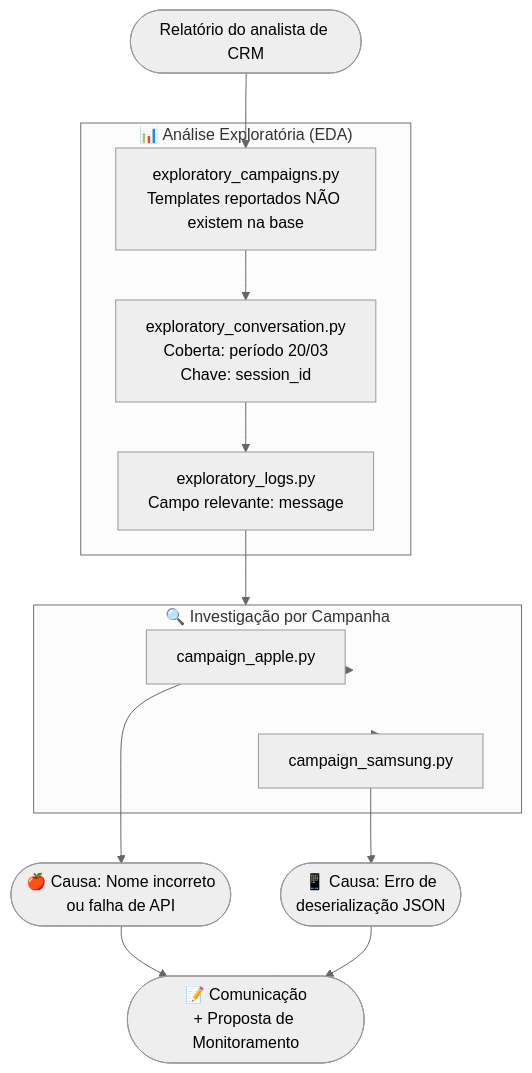
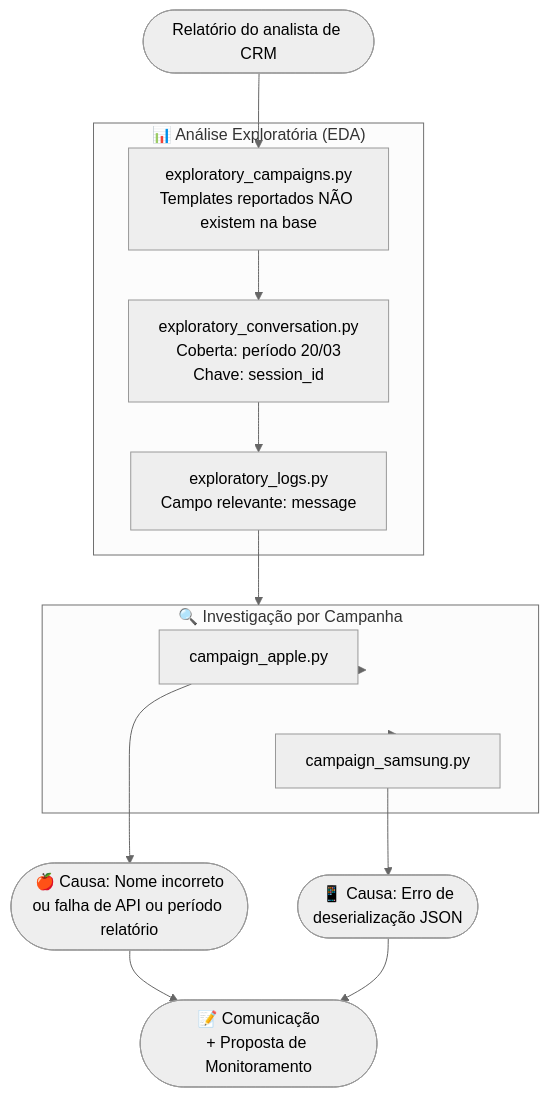
The third of 5 diagrams in README.md (gvcintraribeiro/crm-messaging-investigation), drawn with Mermaid (neutral theme) before and after one commit. The commit also changed other lines of this file, not shown here.

Commit message:
refectory links

````diff
--- a/README.md
+++ b/README.md
@@ -168,32 +166,32 @@
 ```mermaid
 flowchart TD
     START([Relatório do analista de CRM]) --> EDA1
 
     subgraph EDA ["📊 Análise Exploratória (EDA)"]
         EDA1[exploratory_campaigns.py\nTemplates reportados NÃO existem na base] --> EDA2
         EDA2[exploratory_conversation.py\nCoberta: período 20/03\nChave: session_id] --> EDA3
         EDA3[exploratory_logs.py\nCampo relevante: message]
     end
 
     EDA3 --> INV
 
     subgraph INV ["🔍 Investigação por Campanha"]
         INV1[campaign_apple.py] 
         INV2[campaign_samsung.py]
     end
 
     INV --> INV1
     INV --> INV2
 
-    INV1 --> R1([🍎 Causa: Nome incorreto\nou falha de API])
+    INV1 --> R1([🍎 Causa: Nome incorreto\nou falha de API ou período relatório])
     INV2 --> R2([📱 Causa: Erro de\ndeserialização JSON])
 
     R1 --> OUTPUT([📝 Comunicação\n+ Proposta de Monitoramento])
     R2 --> OUTPUT
 
     click EDA1 href "https://github.com/gvcintraribeiro/crm-messaging-investigation/blob/main/crm_messaging_investigation/raw_exploratory_bases/exploratory_campaigns.py" "Ver arquivo" _blank
     click EDA2 href "https://github.com/gvcintraribeiro/crm-messaging-investigation/blob/main/crm_messaging_investigation/raw_exploratory_bases/exploratory_conversation.py" "Ver arquivo" _blank
     click EDA3 href "https://github.com/gvcintraribeiro/crm-messaging-investigation/blob/main/crm_messaging_investigation/raw_exploratory_bases/exploratory_logs.py" "Ver arquivo" _blank
     click INV1 href "https://github.com/gvcintraribeiro/crm-messaging-investigation/blob/main/crm_messaging_investigation/investigation_campaigns/campaign_apple.py" "Ver arquivo" _blank
     click INV2 href "https://github.com/gvcintraribeiro/crm-messaging-investigation/blob/main/crm_messaging_investigation/investigation_campaigns/campaign_samsung.py" "Ver arquivo" _blank
 ```
````
